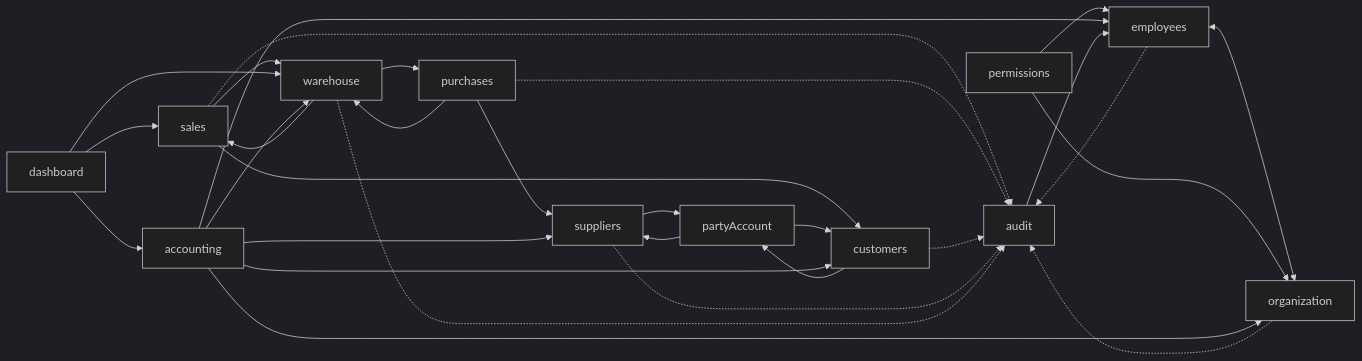
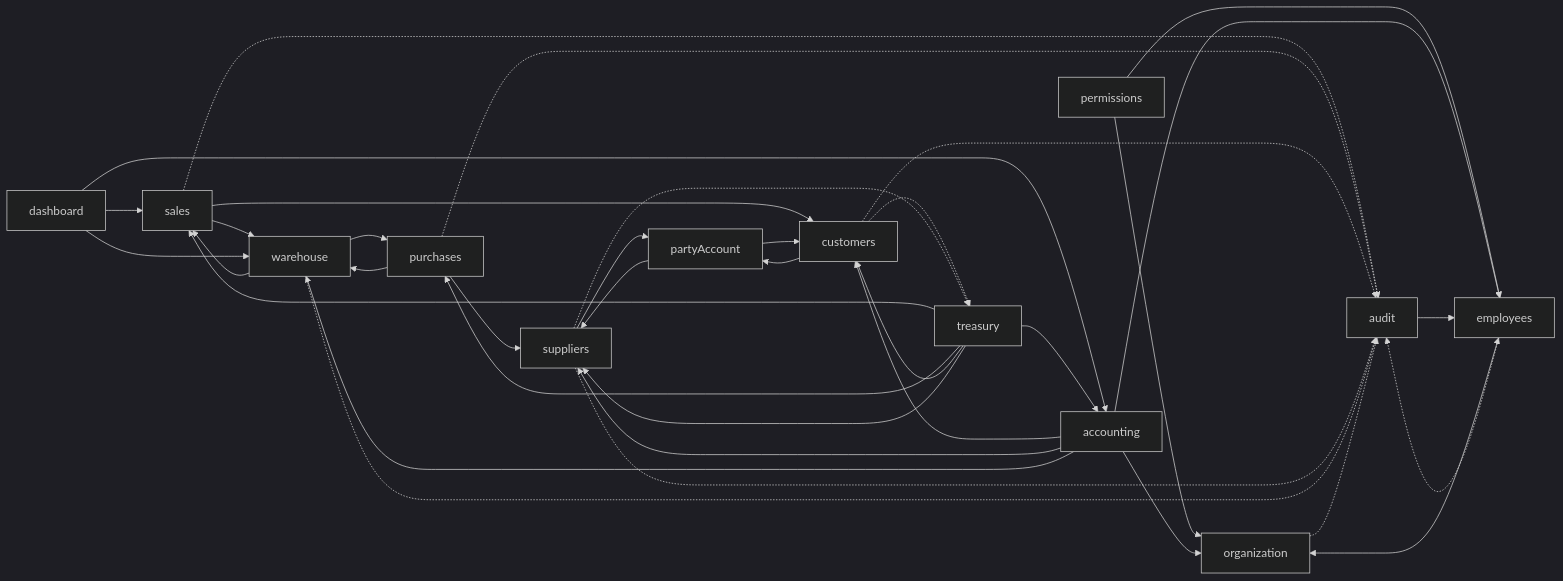
One commit to Mr0Hadi/OurERP changed the diagram in Frontend/docs/architecture/12-features/README.md. Above: the diagram before and after it, drawn with Mermaid (dark theme). The commit also changed other lines of this file and 3 other files, not shown here.

First line of the commit message:
Docs: gaps report progress and treasury in the architecture map

````diff
--- a/Frontend/docs/architecture/12-features/README.md
+++ b/Frontend/docs/architecture/12-features/README.md
@@ -26,32 +26,39 @@
 ```mermaid
 flowchart LR
   sales --> warehouse
   sales --> customers
   purchases --> warehouse
   purchases --> suppliers
   warehouse --> sales
   warehouse --> purchases
   customers --> partyAccount
   suppliers --> partyAccount
   partyAccount --> customers
   partyAccount --> suppliers
   employees <--> organization
   permissions --> employees
   permissions --> organization
   dashboard --> sales
   dashboard --> warehouse
   dashboard --> accounting
   accounting --> organization
   accounting --> customers
   accounting --> suppliers
   accounting --> employees
   accounting --> warehouse
   audit --> employees
+  treasury --> sales
+  treasury --> purchases
+  treasury --> customers
+  treasury --> suppliers
+  treasury --> accounting
+  customers -.-> treasury
+  suppliers -.-> treasury
   sales -.-> audit
   purchases -.-> audit
   customers -.-> audit
   suppliers -.-> audit
   warehouse -.-> audit
   employees -.-> audit
   organization -.-> audit
 ```
````
